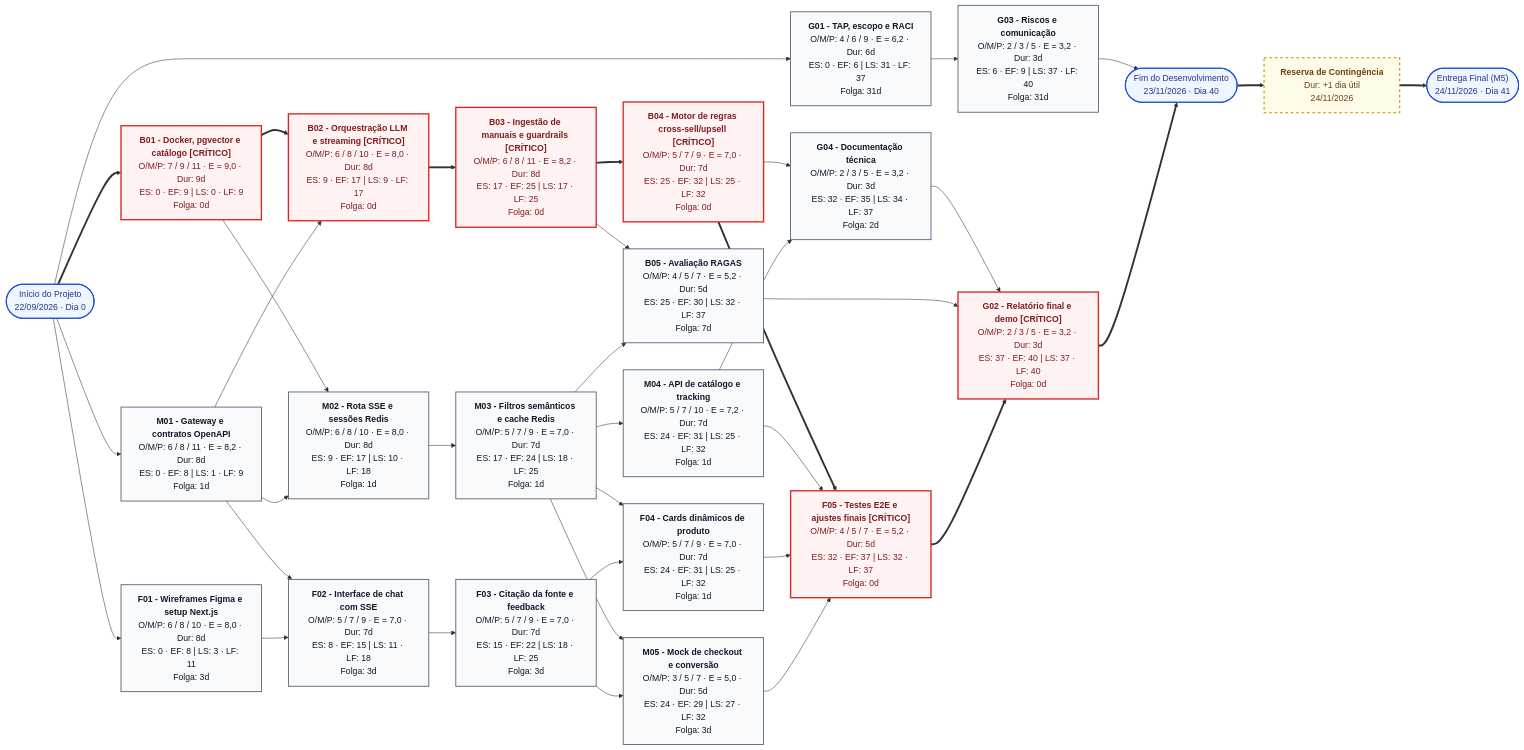
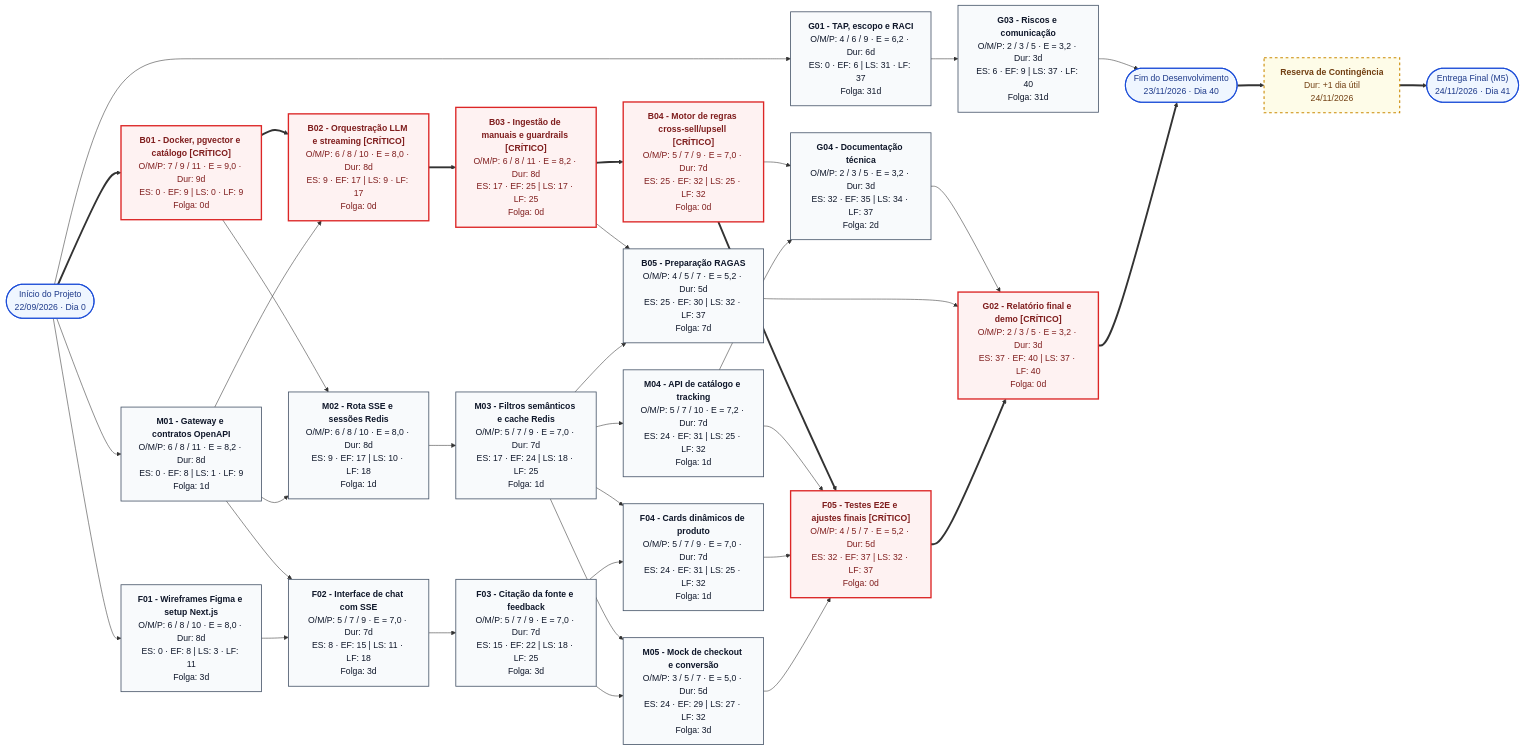
One commit to rodrigololr/smartsales_rag changed the diagram in specs/diagrams_and_pm/07_diagrama_rede_atividades_cpm.md. Above: the diagram before and after it, drawn with Mermaid. The commit also changed other lines of this file and 23 other files, not shown here.

```diff
--- a/specs/diagrams_and_pm/07_diagrama_rede_atividades_cpm.md
+++ b/specs/diagrams_and_pm/07_diagrama_rede_atividades_cpm.md
@@ -61,7 +61,7 @@
     %% Etapa 4 de Desenvolvimento
     B04["<b>B04 - Motor de regras cross-sell/upsell [CRÍTICO]</b><br/>O/M/P: 5 / 7 / 9 · E = 7,0 · Dur: 7d<br/>ES: 25 · EF: 32 | LS: 25 · LF: 32<br/>Folga: 0d"]:::critico
     M04["<b>M04 - API de catálogo e tracking</b><br/>O/M/P: 5 / 7 / 10 · E = 7,2 · Dur: 7d<br/>ES: 24 · EF: 31 | LS: 25 · LF: 32<br/>Folga: 1d"]:::normal
-    B05["<b>B05 - Avaliação RAGAS</b><br/>O/M/P: 4 / 5 / 7 · E = 5,2 · Dur: 5d<br/>ES: 25 · EF: 30 | LS: 32 · LF: 37<br/>Folga: 7d"]:::normal
+    B05["<b>B05 - Preparação RAGAS</b><br/>O/M/P: 4 / 5 / 7 · E = 5,2 · Dur: 5d<br/>ES: 25 · EF: 30 | LS: 32 · LF: 37<br/>Folga: 7d"]:::normal
     F04["<b>F04 - Cards dinâmicos de produto</b><br/>O/M/P: 5 / 7 / 9 · E = 7,0 · Dur: 7d<br/>ES: 24 · EF: 31 | LS: 25 · LF: 32<br/>Folga: 1d"]:::normal
     M05["<b>M05 - Mock de checkout e conversão</b><br/>O/M/P: 3 / 5 / 7 · E = 5,0 · Dur: 5d<br/>ES: 24 · EF: 29 | LS: 27 · LF: 32<br/>Folga: 3d"]:::normal
 
```
